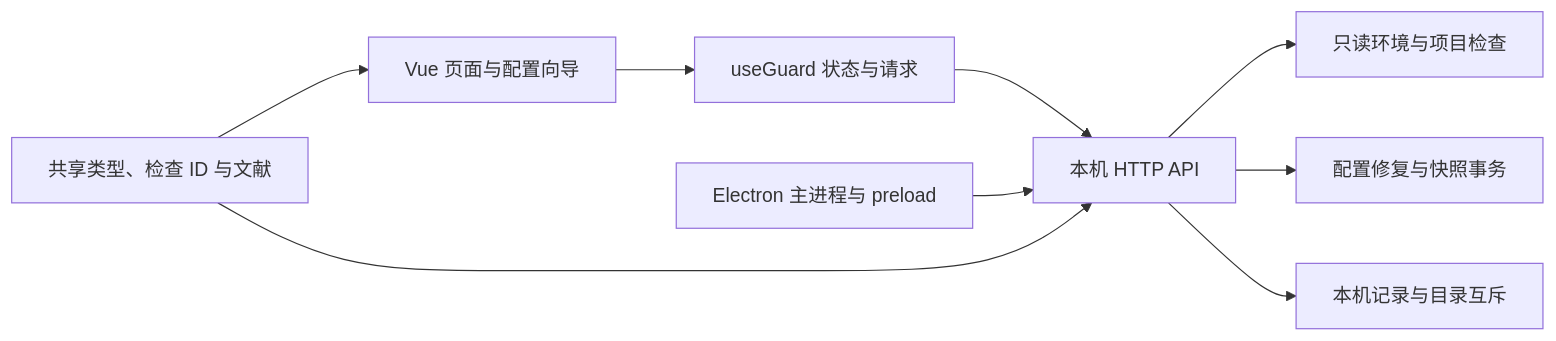
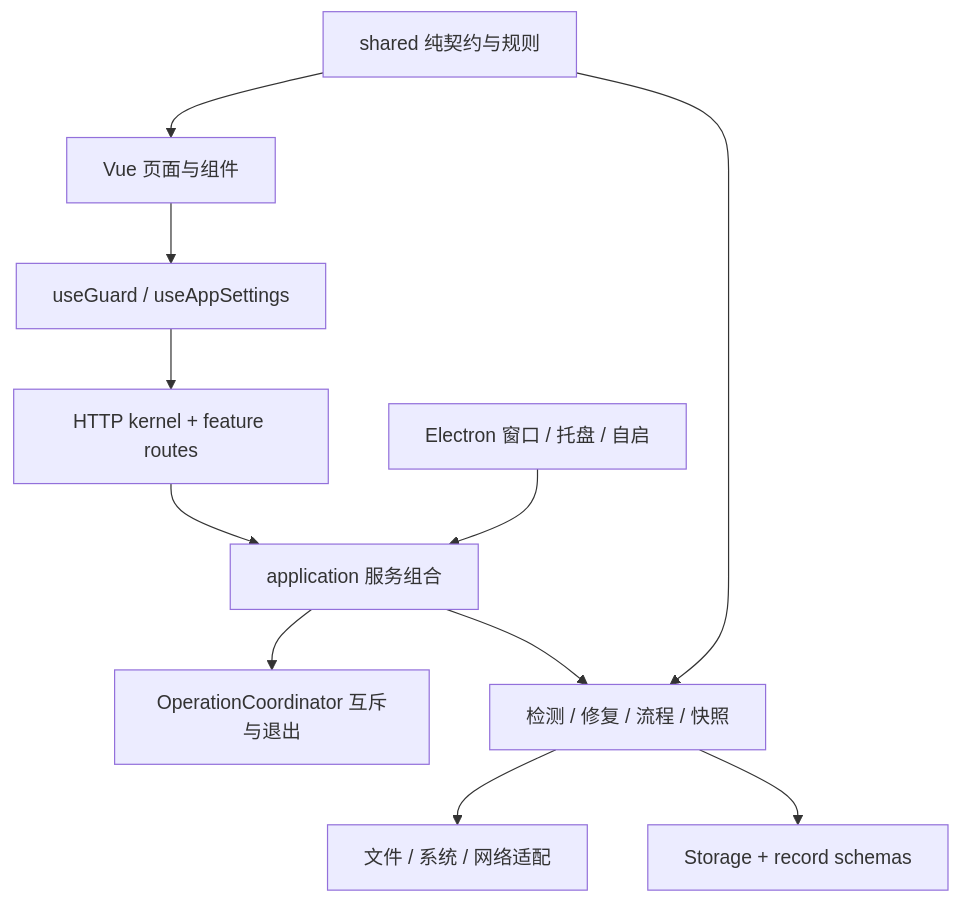
One commit to LcodeCoder/CG-Claude changed the diagram in docs/architecture.md. Above: the diagram before and after it, drawn with Mermaid. The commit also changed other lines of this file and 115 other files, not shown here.

Commit message:
feat: ship 1.2.6 settings, dark theme and layered architecture

````diff
--- a/docs/architecture.md
+++ b/docs/architecture.md
@@ -5,11 +5,13 @@
 ```mermaid
-flowchart LR
-  Views[Vue 页面与配置向导] --> Guard[useGuard 状态与请求]
-  Guard --> API[本机 HTTP API]
-  Desktop[Electron 主进程与 preload] --> API
-  API --> Diagnostics[只读环境与项目检查]
-  API --> Transactions[配置修复与快照事务]
-  API --> Storage[本机记录与目录互斥]
-  Shared[共享类型、检查 ID 与文献] --> Views
-  Shared --> API
+flowchart TB
+  Views[Vue 页面与组件] --> Guard[useGuard / useAppSettings]
+  Guard --> HTTP[HTTP kernel + feature routes]
+  HTTP --> App[application 服务组合]
+  App --> Operations[OperationCoordinator 互斥与退出]
+  App --> Services[检测 / 修复 / 流程 / 快照]
+  Services --> Adapters[文件 / 系统 / 网络适配]
+  Services --> Storage[Storage + record schemas]
+  Desktop[Electron 窗口 / 托盘 / 自启] --> App
+  Shared[shared 纯契约与规则] --> Views
+  Shared --> Services
 ```
````
